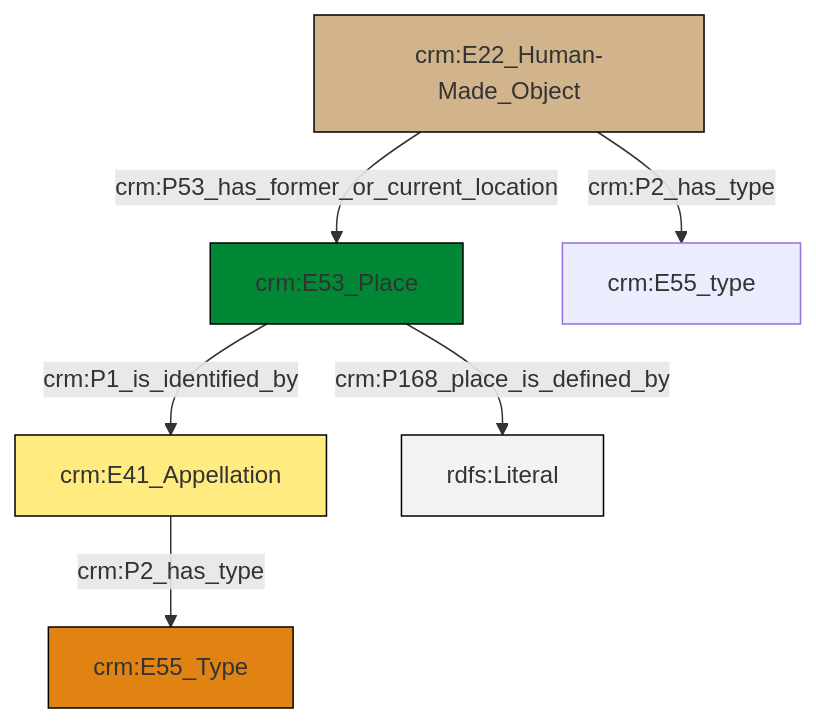
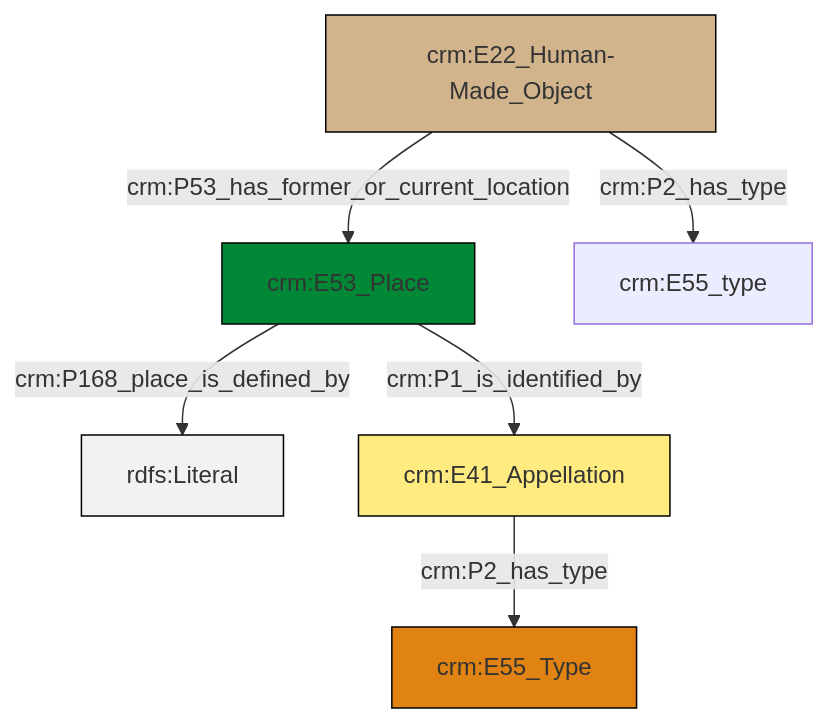
Before and after one commit to swiss-art-research-net/docs.swissartresearch: the diagram in et/builtWorkCSV/ttl/mmd/Built_Work_location.ttl.mmd, drawn with Mermaid. The commit also changed 176 other files, not shown here.

```diff
--- a/et/builtWorkCSV/ttl/mmd/Built_Work_location.ttl.mmd
+++ b/et/builtWorkCSV/ttl/mmd/Built_Work_location.ttl.mmd
@@ -1,20 +1,20 @@
 graph TD
 classDef Literal fill:#f2f2f2,stroke:#000000;
 classDef CRM_Entity fill:#FFFFFF,stroke:#000000;
 classDef Temporal_Entity fill:#00C9E6, stroke:#000000;
 classDef Type fill:#E18312, stroke:#000000;
 classDef Time-Span fill:#2C9C91, stroke:#000000;
 classDef Appellation fill:#FFEB7F, stroke:#000000;
 classDef Place fill:#008836, stroke:#000000;
 classDef Persistent_Item fill:#B266B2, stroke:#000000;
 classDef Conceptual_Object fill:#FFD700, stroke:#000000;
 classDef Physical_Thing fill:#D2B48C, stroke:#000000;
 classDef Actor fill:#f58aad, stroke:#000000;
 classDef PC_Classes fill:#4ce600, stroke:#000000;
 classDef Multi fill:#cccccc,stroke:#000000;
 
-0["crm:E22_Human-Made_Object"]:::Physical_Thing -->|crm:P53_has_former_or_current_location| 1["crm:E53_Place"]:::Place
+0["crm:E53_Place"]:::Place -->|crm:P168_place_is_defined_by| 1[rdfs:Literal]:::Literal
+4["crm:E22_Human-Made_Object"]:::Physical_Thing -->|crm:P53_has_former_or_current_location| 0["crm:E53_Place"]:::Place
+0["crm:E53_Place"]:::Place -->|crm:P1_is_identified_by| 2["crm:E41_Appellation"]:::Appellation
 2["crm:E41_Appellation"]:::Appellation -->|crm:P2_has_type| 5["crm:E55_Type"]:::Type
-1["crm:E53_Place"]:::Place -->|crm:P168_place_is_defined_by| 10[rdfs:Literal]:::Literal
-0["crm:E22_Human-Made_Object"]:::Physical_Thing -->|crm:P2_has_type| 7["crm:E55_type"]:::Default
-1["crm:E53_Place"]:::Place -->|crm:P1_is_identified_by| 2["crm:E41_Appellation"]:::Appellation
+4["crm:E22_Human-Made_Object"]:::Physical_Thing -->|crm:P2_has_type| 9["crm:E55_type"]:::Default
```
